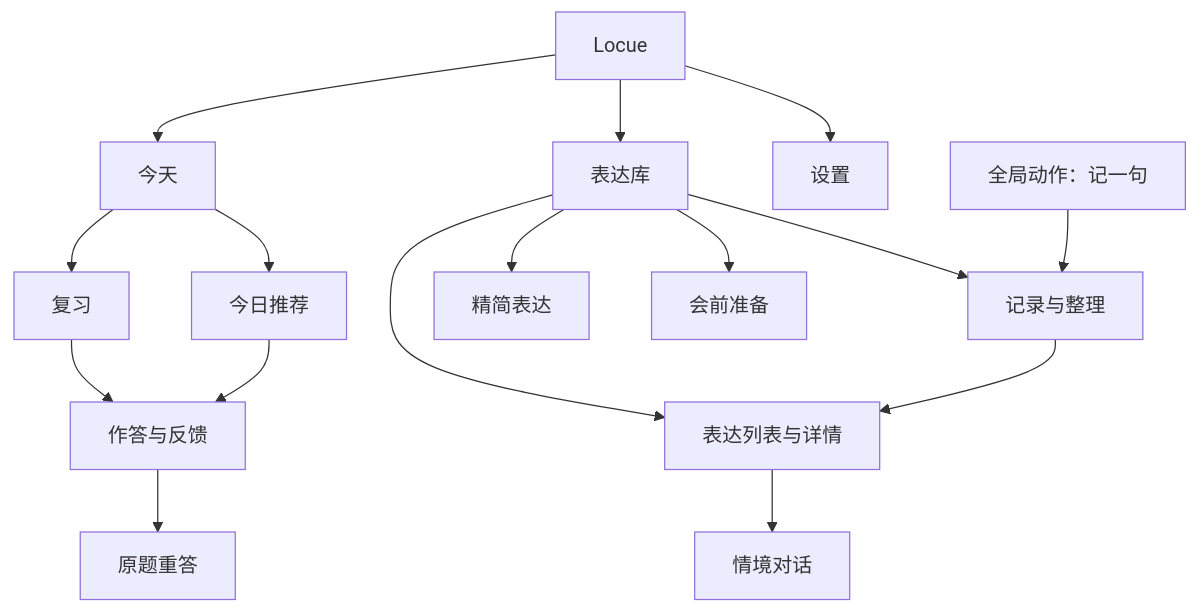
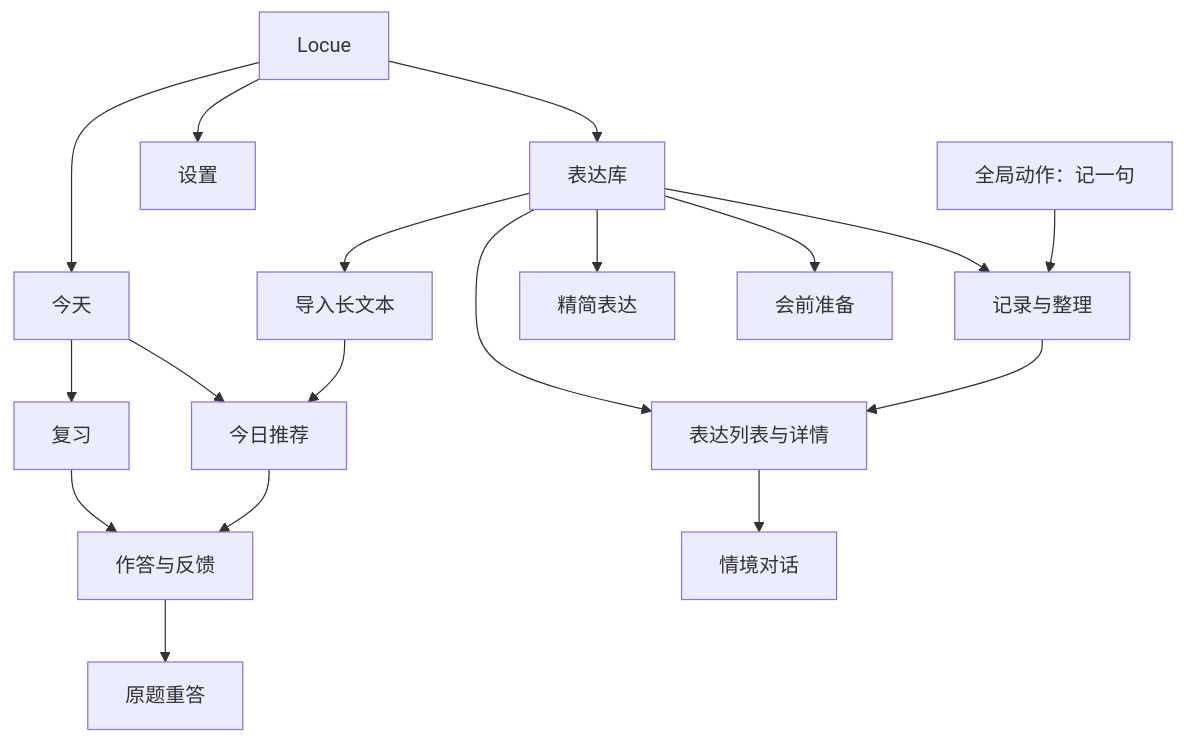
One commit to llllgh/sayable changed the first of 2 diagrams in docs/PRD.md. Above: the diagram before and after it, drawn with Mermaid. The commit also changed other lines of this file and 27 other files, not shown here.

````diff
--- a/docs/PRD.md
+++ b/docs/PRD.md
@@ -180,18 +182,20 @@
 ```mermaid
 flowchart TD
     A[Locue] --> T[今天]
     A --> L[表达库]
     A --> S[设置]
     T --> R[复习]
     T --> D[今日推荐]
     R --> P[作答与反馈]
     D --> P
     P --> F[原题重答]
     L --> E[表达列表与详情]
     L --> I[记录与整理]
+    L --> SI[导入长文本]
     L --> C[精简表达]
     L --> M[会前准备]
+    SI --> D
     I --> E
     E --> RP[情境对话]
     Q[全局动作：记一句] --> I
 ```
````
